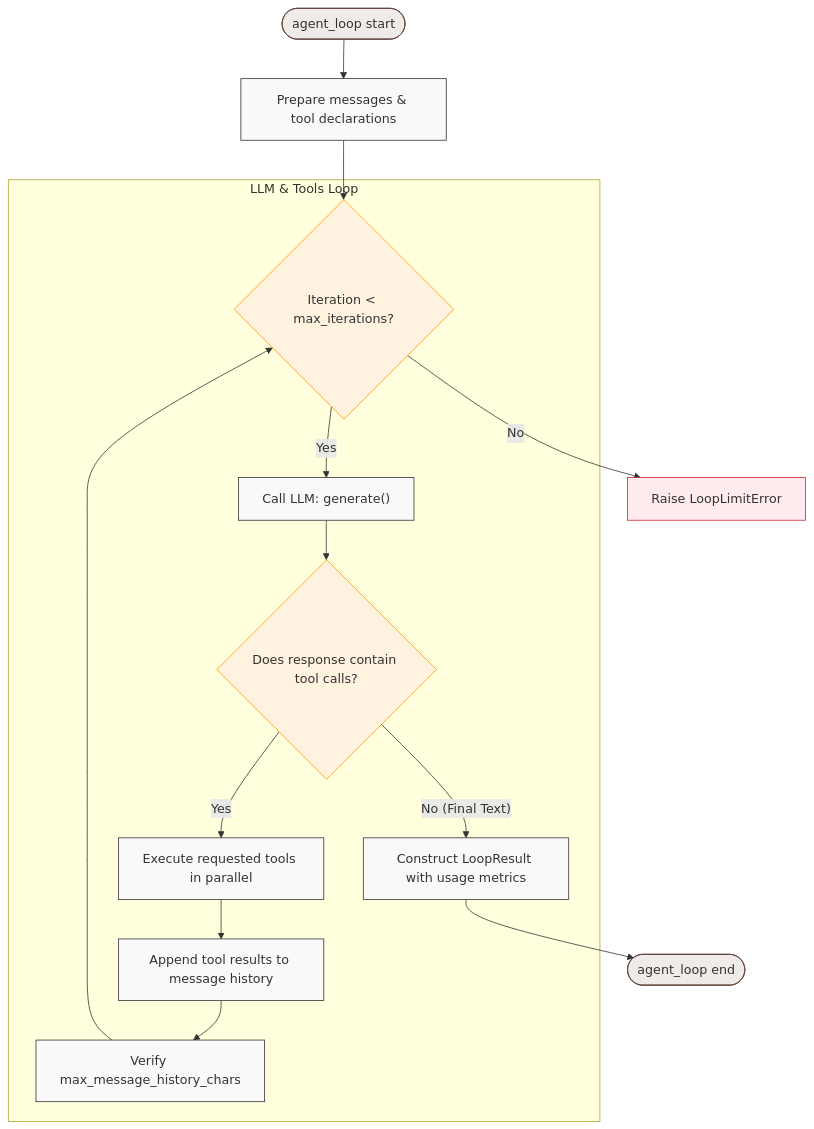
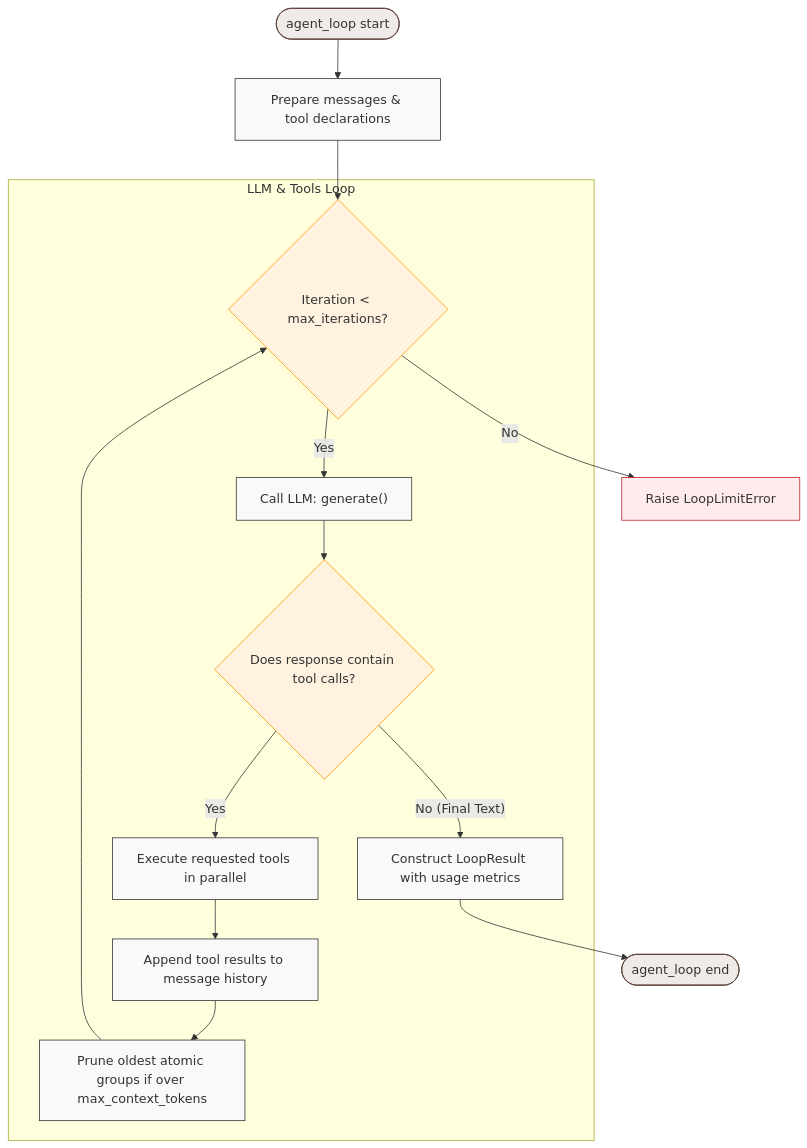
One commit to hdg-zero/lughus changed the diagram in docs/api/loop.md. Above: the diagram before and after it, drawn with Mermaid. The commit also changed other lines of this file and 95 other files, not shown here.

````diff
--- a/docs/api/loop.md
+++ b/docs/api/loop.md
@@ -11,31 +11,31 @@
 ```mermaid
 flowchart TD
     %% Styling
     classDef process fill:#f9f9f9,stroke:#333,stroke-width:1px;
     classDef dec fill:#fff3e0,stroke:#ff9800,stroke-width:1px;
     classDef endnode fill:#efebe9,stroke:#5d4037,stroke-width:1px;
     classDef error fill:#ffebee,stroke:#c62828,stroke-width:1px;
     
     Start([agent_loop start]) --> Prep[Prepare messages & tool declarations]
     Prep --> LoopStart{Iteration < max_iterations?}
     
     subgraph ExecutionLoop["LLM & Tools Loop"]
         LoopStart -->|Yes| LLMCall["Call LLM: generate()"]
         LLMCall --> ResponseType{Does response contain tool calls?}
         
         ResponseType -->|Yes| ParallelExec[Execute requested tools in parallel]
         ParallelExec --> AppendMsg[Append tool results to message history]
-        AppendMsg --> CheckHistory[Verify max_message_history_chars]
-        CheckHistory --> LoopStart
+        AppendMsg --> CheckBudget[Prune oldest atomic groups if over max_context_tokens]
+        CheckBudget --> LoopStart
         
         ResponseType -->|"No (Final Text)"| Finalize[Construct LoopResult with usage metrics]
     end
     
     LoopStart -->|No| MaxExceeded[Raise LoopLimitError]
     Finalize --> End([agent_loop end])
 
-    class Prep,LLMCall,ParallelExec,AppendMsg,CheckHistory,Finalize process;
+    class Prep,LLMCall,ParallelExec,AppendMsg,CheckBudget,Finalize process;
     class LoopStart,ResponseType dec;
     class Start,End endnode;
     class MaxExceeded error;
 ```
````
